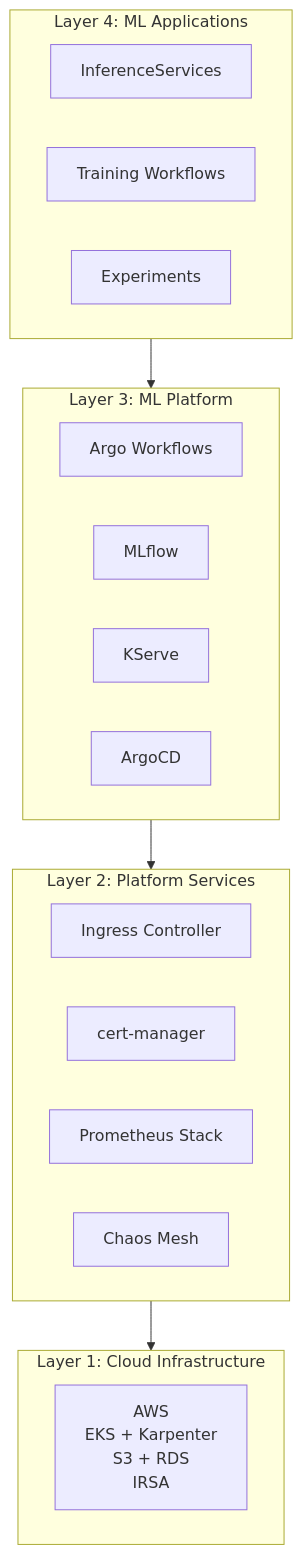
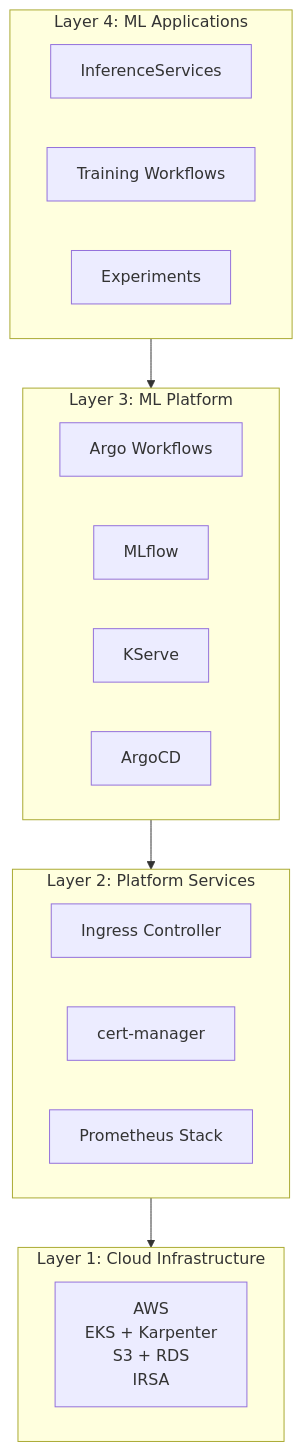
One commit to judeoyovbaire/mlops-platform changed the third of 4 diagrams in README.md. Above: the diagram before and after it, drawn with Mermaid. The commit also changed other lines of this file and 43 other files, not shown here.

````diff
--- a/README.md
+++ b/README.md
@@ -133,31 +132,30 @@
 ```mermaid
 graph TB
     subgraph Applications["Layer 4: ML Applications"]
         INF[InferenceServices]
         WF[Training Workflows]
         EXP[Experiments]
     end
 
     subgraph MLPlatform["Layer 3: ML Platform"]
         ARGO[Argo Workflows]
         MLF[MLflow]
         KS[KServe]
         ACD[ArgoCD]
     end
 
     subgraph PlatformServices["Layer 2: Platform Services"]
         ING[Ingress Controller]
         CERT[cert-manager]
         PROM[Prometheus Stack]
-        CHAOS[Chaos Mesh]
     end
 
     subgraph CloudInfra["Layer 1: Cloud Infrastructure"]
         direction LR
         AWS["AWS<br/>EKS + Karpenter<br/>S3 + RDS<br/>IRSA"]
     end
 
     Applications --> MLPlatform
     MLPlatform --> PlatformServices
     PlatformServices --> CloudInfra
 ```
````
